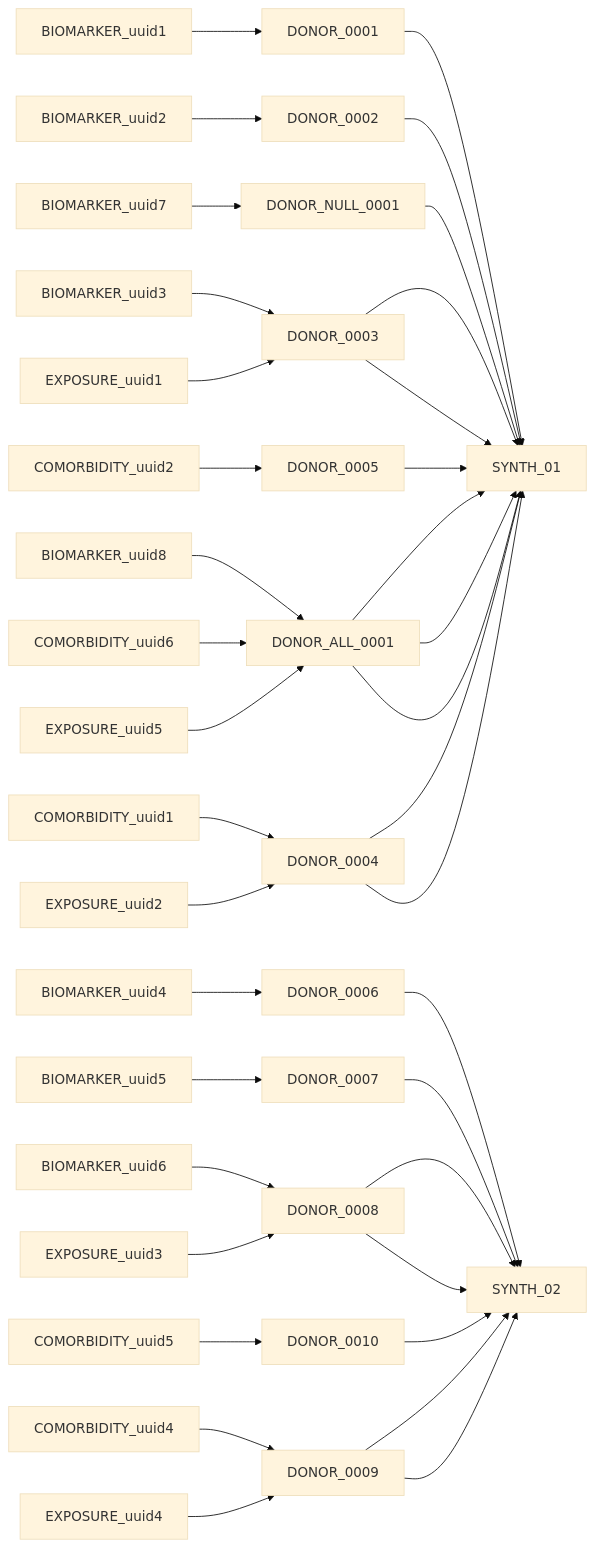
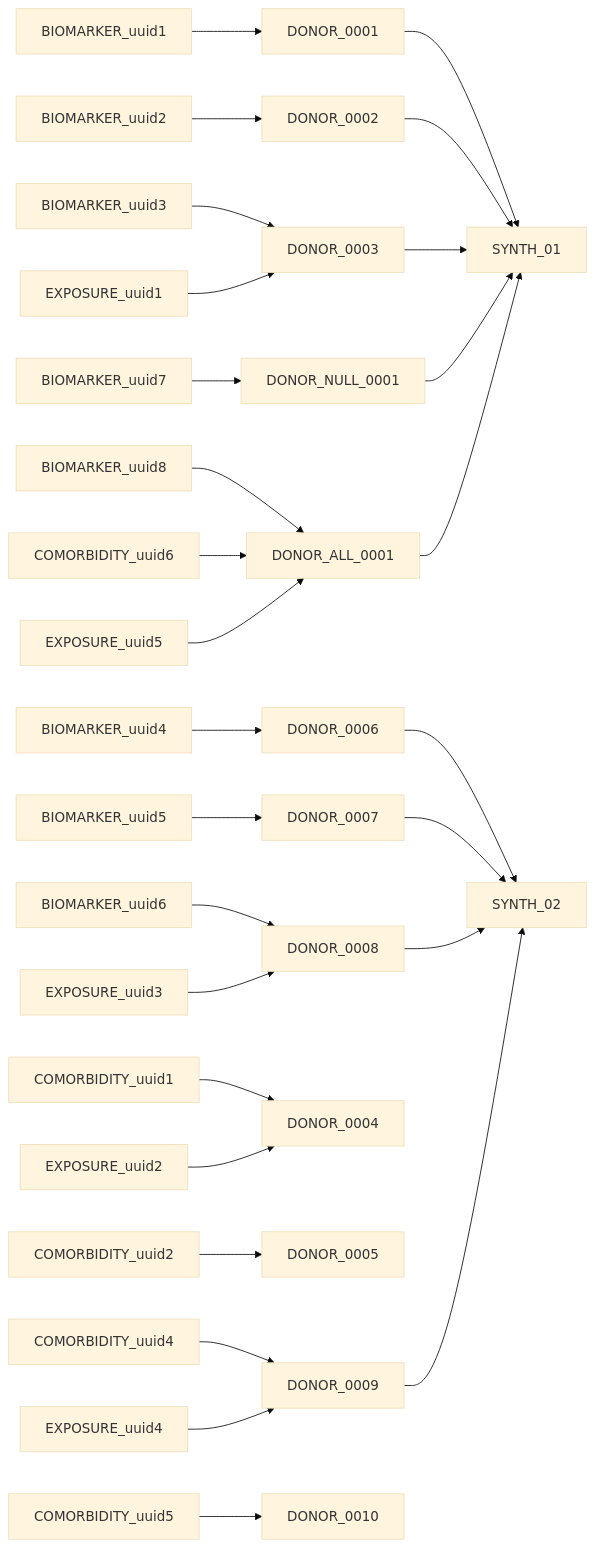
Before and after one commit to CanDIG/katsu: the ninth of 9 diagrams in chord_metadata_service/mohpackets/data/extra_small_dataset/README.md, drawn with Mermaid (base theme).

Commit message:
linking adjust

````diff
--- a/chord_metadata_service/mohpackets/data/extra_small_dataset/README.md
+++ b/chord_metadata_service/mohpackets/data/extra_small_dataset/README.md
@@ -155,23 +155,23 @@
 ```mermaid
 graph LR;  
   BIOMARKER_uuid1 --> DONOR_0001 --> SYNTH_01;
   BIOMARKER_uuid2 --> DONOR_0002 --> SYNTH_01;
   BIOMARKER_uuid3 --> DONOR_0003 --> SYNTH_01;
   BIOMARKER_uuid4 --> DONOR_0006 --> SYNTH_02;
   BIOMARKER_uuid5 --> DONOR_0007 --> SYNTH_02;
   BIOMARKER_uuid6 --> DONOR_0008 --> SYNTH_02;
   BIOMARKER_uuid7 --> DONOR_NULL_0001 --> SYNTH_01;
   BIOMARKER_uuid8 --> DONOR_ALL_0001 --> SYNTH_01;
   
-  COMORBIDITY_uuid1 --> DONOR_0004 --> SYNTH_01;
-  COMORBIDITY_uuid2 --> DONOR_0005 --> SYNTH_01;
-  COMORBIDITY_uuid4 --> DONOR_0009 --> SYNTH_02;
-  COMORBIDITY_uuid5 --> DONOR_0010 --> SYNTH_02;
-  COMORBIDITY_uuid6 --> DONOR_ALL_0001 --> SYNTH_01;
+  COMORBIDITY_uuid1 --> DONOR_0004;
+  COMORBIDITY_uuid2 --> DONOR_0005;
+  COMORBIDITY_uuid4 --> DONOR_0009;
+  COMORBIDITY_uuid5 --> DONOR_0010;
+  COMORBIDITY_uuid6 --> DONOR_ALL_0001;
   
-  EXPOSURE_uuid1 --> DONOR_0003 --> SYNTH_01;
-  EXPOSURE_uuid2 --> DONOR_0004 --> SYNTH_01;
-  EXPOSURE_uuid3 --> DONOR_0008 --> SYNTH_02;
+  EXPOSURE_uuid1 --> DONOR_0003;
+  EXPOSURE_uuid2 --> DONOR_0004;
+  EXPOSURE_uuid3 --> DONOR_0008;
   EXPOSURE_uuid4 --> DONOR_0009 --> SYNTH_02;
-  EXPOSURE_uuid5 --> DONOR_ALL_0001 --> SYNTH_01;
+  EXPOSURE_uuid5 --> DONOR_ALL_0001;
 ```
````
